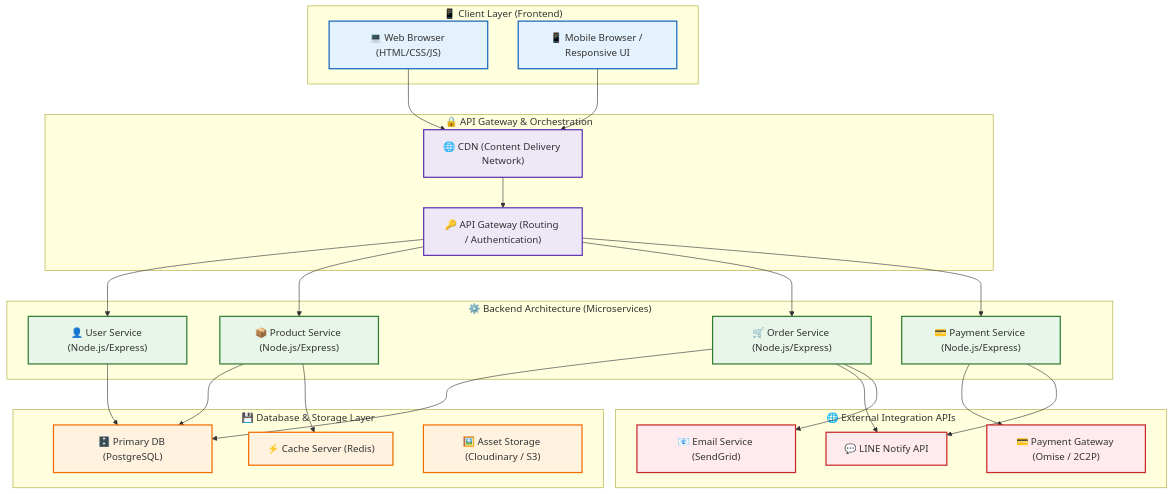
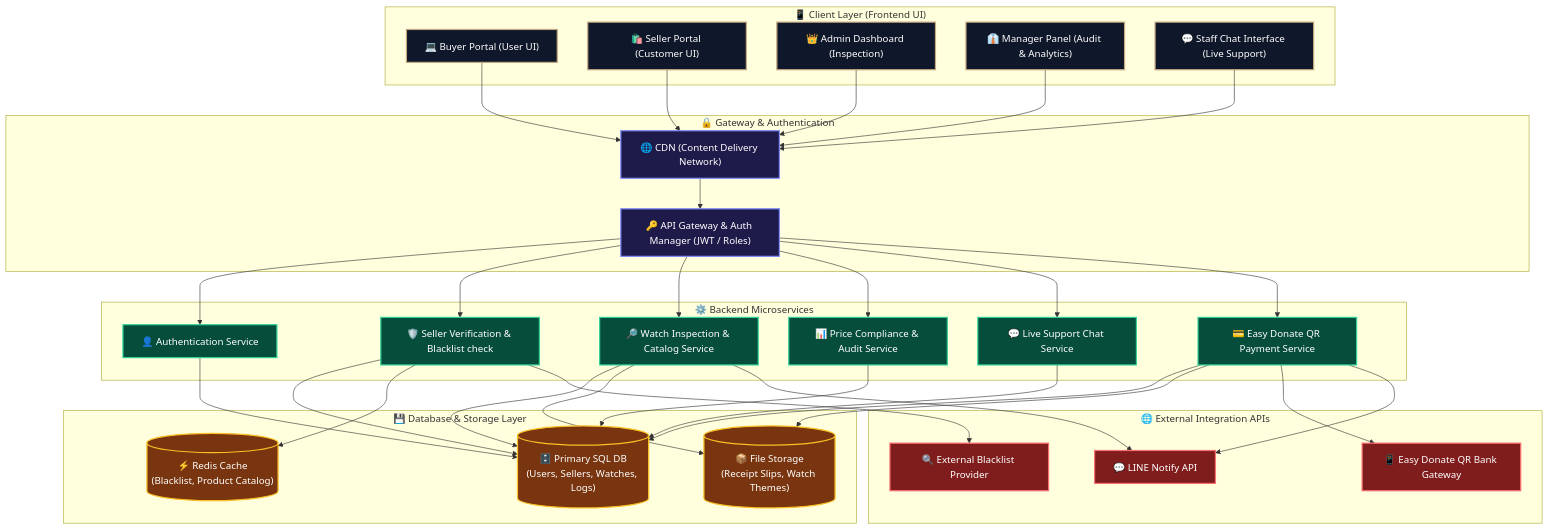
The first of 6 diagrams in analysis_design.md (sShinjikubs/WatchMarket), drawn with Mermaid before and after one commit. The commit also changed other lines of this file and 1 other file, not shown here.

Commit message:
doc: update architecture and sequence diagrams to align with new multi-role structure

````diff
--- a/analysis_design.md
+++ b/analysis_design.md
@@ -36,66 +36,78 @@
 ```mermaid
 graph TB
-    subgraph Client_Layer ["📱 Client Layer (Frontend)"]
-        A["💻 Web Browser (HTML/CSS/JS)"]
-        B["📱 Mobile Browser / Responsive UI"]
+    subgraph Client_Layer ["📱 Client Layer (Frontend UI)"]
+        A1["💻 Buyer Portal (User UI)"]
+        A2["🛍️ Seller Portal (Customer UI)"]
+        A3["👑 Admin Dashboard (Inspection)"]
+        A4["👔 Manager Panel (Audit & Analytics)"]
+        A5["💬 Staff Chat Interface (Live Support)"]
     end
 
-    subgraph Gateway_Layer ["🔒 API Gateway & Orchestration"]
-        C["🌐 CDN (Content Delivery Network)"]
-        D["🔑 API Gateway (Routing / Authentication)"]
+    subgraph Gateway_Layer ["🔒 Gateway & Authentication"]
+        CDN["🌐 CDN (Content Delivery Network)"]
+        GW["🔑 API Gateway & Auth Manager (JWT / Roles)"]
     end
 
-    subgraph Backend_Layer ["⚙️ Backend Architecture (Microservices)"]
-        E["👤 User Service (Node.js/Express)"]
-        F["📦 Product Service (Node.js/Express)"]
-        G["🛒 Order Service (Node.js/Express)"]
-        H["💳 Payment Service (Node.js/Express)"]
+    subgraph Backend_Layer ["⚙️ Backend Microservices"]
+        AuthSvc["👤 Authentication Service"]
+        VerifySvc["🛡️ Seller Verification & Blacklist check"]
+        InspectSvc["🔎 Watch Inspection & Catalog Service"]
+        AuditSvc["📊 Price Compliance & Audit Service"]
+        ChatSvc["💬 Live Support Chat Service"]
+        PaySvc["💳 Easy Donate QR Payment Service"]
     end
 
     subgraph Data_Layer ["💾 Database & Storage Layer"]
-        I["🗄️ Primary DB (PostgreSQL)"]
-        J["⚡ Cache Server (Redis)"]
-        K["🖼️ Asset Storage (Cloudinary / S3)"]
+        SQL_DB[("🗄️ Primary SQL DB<br>(Users, Sellers, Watches, Logs)")]
+        Redis_DB[("⚡ Redis Cache<br>(Blacklist, Product Catalog)")]
+        Storage[("📦 File Storage<br>(Receipt Slips, Watch Themes)")]
     end
 
     subgraph External_Services ["🌐 External Integration APIs"]
-        L["💬 LINE Notify API"]
-        M["💳 Payment Gateway (Omise / 2C2P)"]
-        N["📧 Email Service (SendGrid)"]
+        LineAPI["💬 LINE Notify API"]
+        BankAPI["📱 Easy Donate QR Bank Gateway"]
+        BlacklistAPI["🔍 External Blacklist Provider"]
     end
 
     %% Client to Gateway Connections
-    A & B --> C
-    C --> D
+    A1 & A2 & A3 & A4 & A5 --> CDN
+    CDN --> GW
 
     %% Gateway to Microservices Connections
-    D --> E
-    D --> F
-    D --> G
-    D --> H
+    GW --> AuthSvc
+    GW --> VerifySvc
+    GW --> InspectSvc
+    GW --> AuditSvc
+    GW --> ChatSvc
+    GW --> PaySvc
 
     %% Services to Databases
-    E --> I
-    F --> I
-    F --> J
-    G --> I
-    H --> M
+    AuthSvc --> SQL_DB
+    VerifySvc --> SQL_DB
+    VerifySvc --> Redis_DB
+    InspectSvc --> SQL_DB
+    InspectSvc --> Storage
+    AuditSvc --> SQL_DB
+    ChatSvc --> SQL_DB
+    PaySvc --> SQL_DB
+    PaySvc --> Storage
 
     %% External APIs Trigger
-    G --> L
-    G --> N
-    H --> L
+    VerifySvc --> BlacklistAPI
+    PaySvc --> BankAPI
+    PaySvc --> LineAPI
+    InspectSvc --> LineAPI
 
     %% Style Customization
-    classDef client fill:#e3f2fd,stroke:#1565c0,stroke-width:2px;
-    classDef gateway fill:#ede7f6,stroke:#5e35b1,stroke-width:2px;
-    classDef backend fill:#e8f5e9,stroke:#2e7d32,stroke-width:2px;
-    classDef data fill:#fff3e0,stroke:#ef6c00,stroke-width:2px;
-    classDef external fill:#ffebee,stroke:#c62828,stroke-width:2px;
+    classDef client fill:#0f172a,stroke:#c5a880,stroke-width:2px,color:#fff;
+    classDef gateway fill:#1e1b4b,stroke:#818cf8,stroke-width:2px,color:#fff;
+    classDef backend fill:#064e3b,stroke:#34d399,stroke-width:2px,color:#fff;
+    classDef data fill:#78350f,stroke:#fbbf24,stroke-width:2px,color:#fff;
+    classDef external fill:#7f1d1d,stroke:#f87171,stroke-width:2px,color:#fff;
 
-    class A,B client;
-    class C,D gateway;
-    class E,F,G,H backend;
-    class I,J,K data;
-    class L,M,N external;
+    class A1,A2,A3,A4,A5 client;
+    class CDN,GW gateway;
+    class AuthSvc,VerifySvc,InspectSvc,AuditSvc,ChatSvc,PaySvc backend;
+    class SQL_DB,Redis_DB,Storage data;
+    class LineAPI,BankAPI,BlacklistAPI external;
 ```
````
